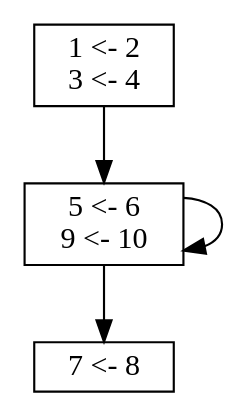
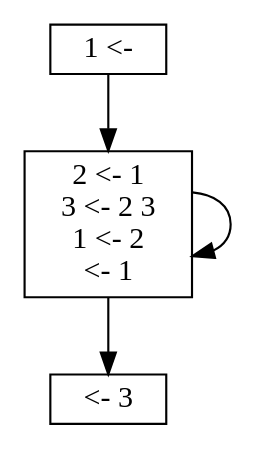
One commit to chengu1993/cs421 changed the diagram in as/as6/graph.dot. Above: the diagram before and after it, drawn with Graphviz. The commit also changed 377 other files, not shown here.

```diff
--- a/as/as6/graph.dot
+++ b/as/as6/graph.dot
@@ -1,9 +1,9 @@
 digraph g { 
 size="7,10"
-n0[shape=box,height=0.1,label="7 <- 8 \n"];
-n3[shape=box,height=0.1,label="5 <- 6 \n9 <- 10 \n"];
-n3 -> n0
-n3 -> n3
-n5[shape=box,height=0.1,label="1 <- 2 \n3 <- 4 \n"];
-n5 -> n3
+n0[shape=box,height=0.1,label="1 <- \n"];
+n0 -> n1
+n1[shape=box,height=0.1,label="2 <- 1 \n3 <- 2 3 \n1 <- 2 \n<- 1 \n"];
+n1 -> n6
+n1 -> n1
+n6[shape=box,height=0.1,label="<- 3 \n"];
 }
```
